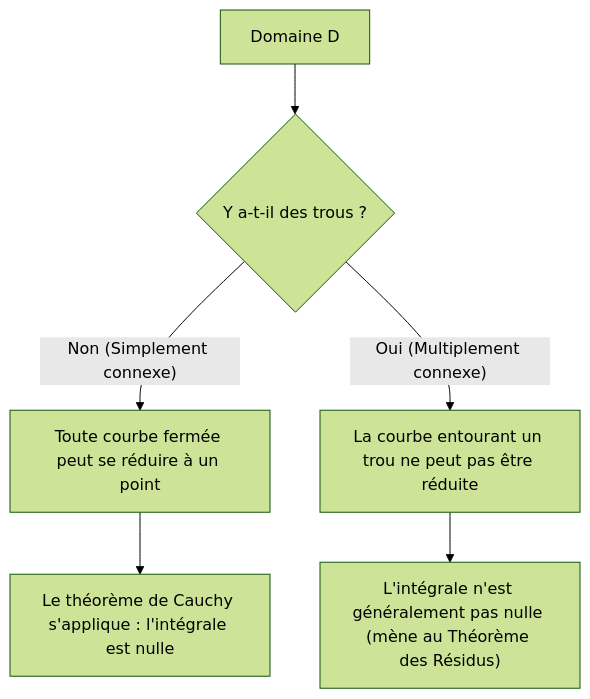
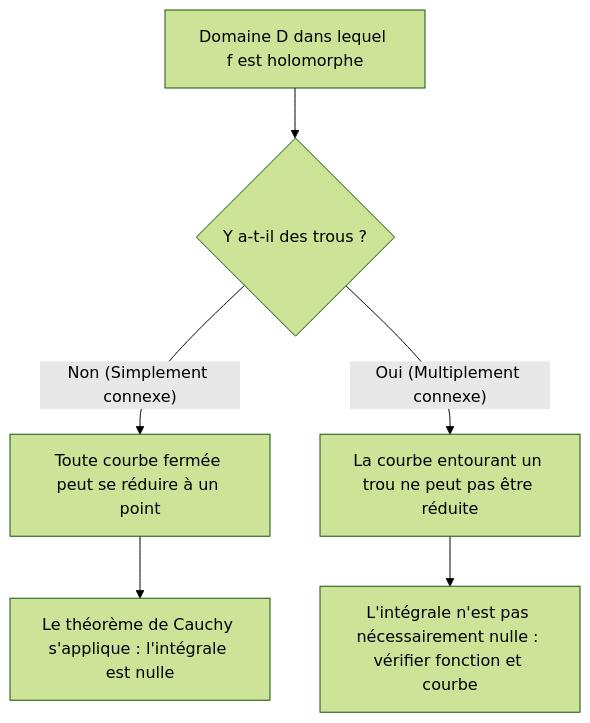
Before and after one commit to kenjinote/blog: the diagram in content/post/cauchys-integral-theorem/index.fr.md, drawn with Mermaid (forest theme). The commit also changed other lines of this file and 8 other files, not shown here.

````diff
--- a/content/post/cauchys-integral-theorem/index.fr.md
+++ b/content/post/cauchys-integral-theorem/index.fr.md
@@ -95,8 +95,8 @@
 ```mermaid
 flowchart TD
-    A["Domaine D"] --> B{"Y a-t-il des trous ?"}
+    A["Domaine D dans lequel f est holomorphe"] --> B{"Y a-t-il des trous ?"}
     B -->|"Non (Simplement connexe)"| C["Toute courbe fermée peut se réduire à un point"]
     C --> D["Le théorème de Cauchy s'applique : l'intégrale est nulle"]
     B -->|"Oui (Multiplement connexe)"| E["La courbe entourant un trou ne peut pas être réduite"]
-    E --> F["L'intégrale n'est généralement pas nulle (mène au Théorème des Résidus)"]
+    E --> F["L'intégrale n'est pas nécessairement nulle : vérifier fonction et courbe"]
 ```
````
